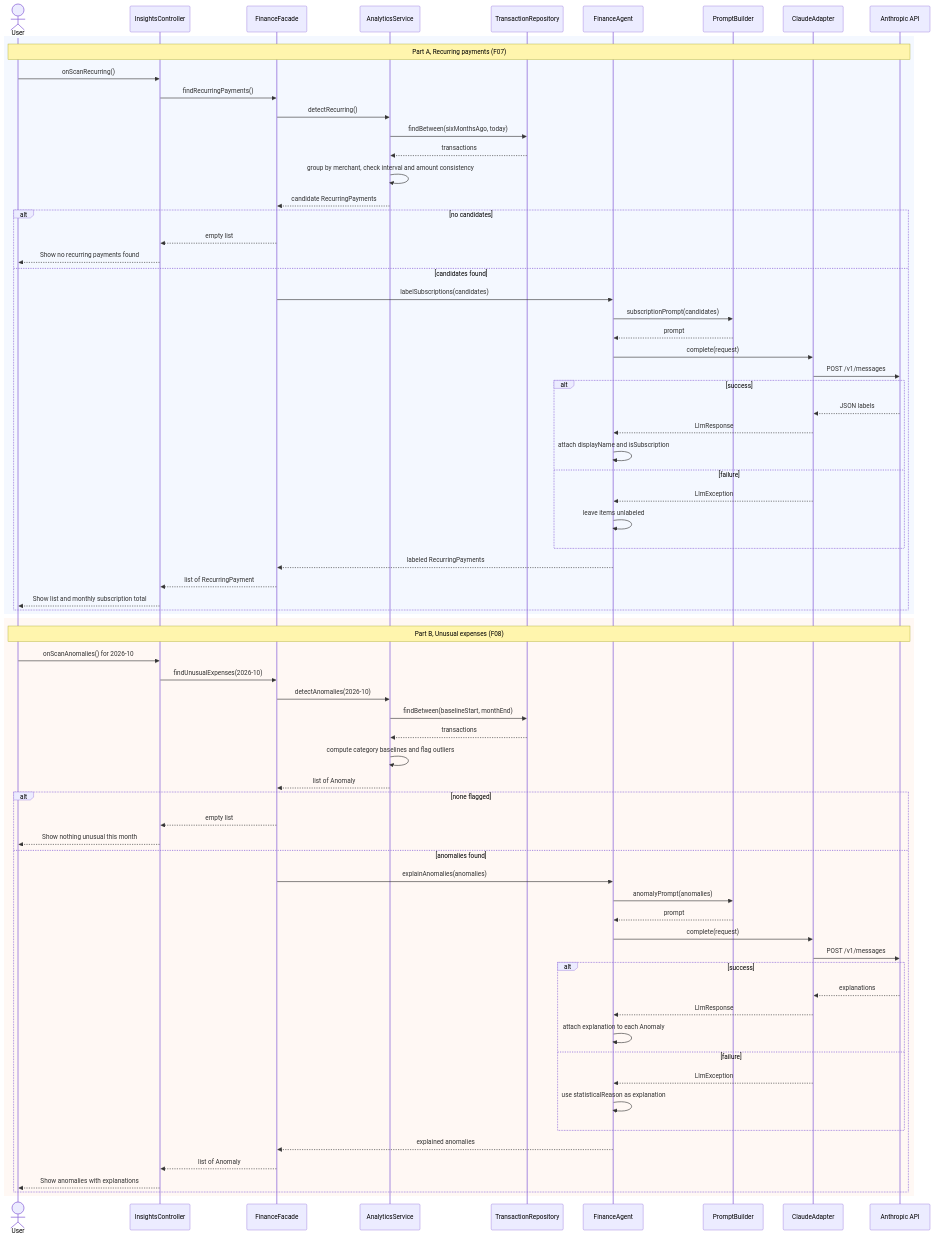
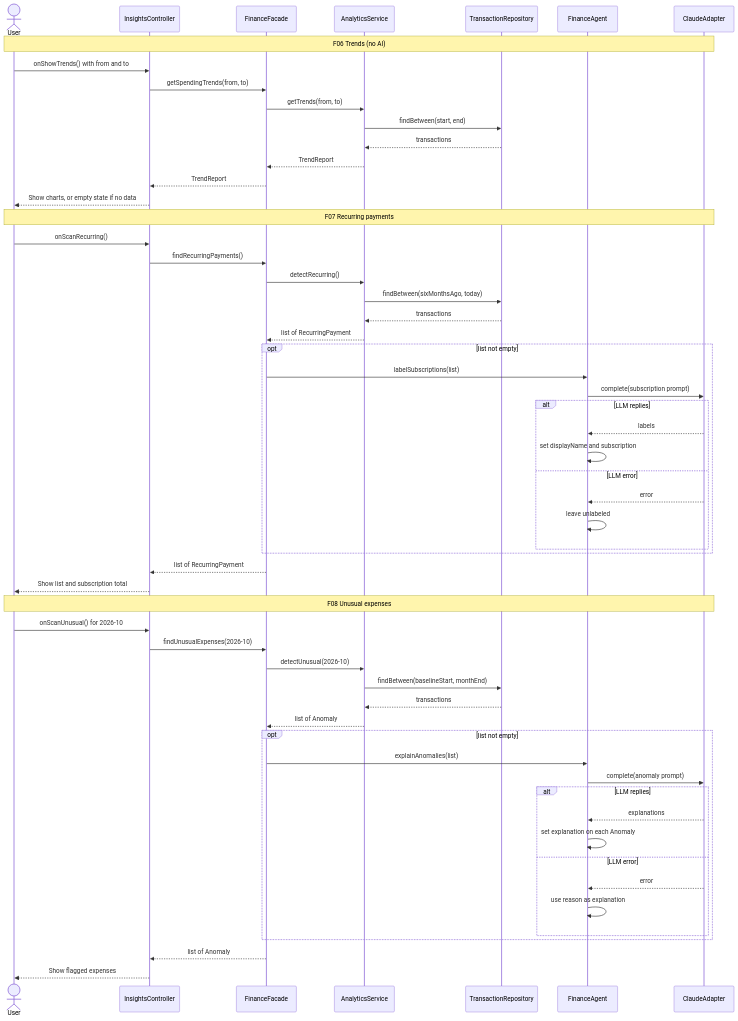
The tenth of 12 diagrams in docs/Stage1_Report.md (Abdi238/EECS3311-course-project), drawn with Mermaid before and after one commit. The commit also changed other lines of this file, not shown here.

````diff
--- a/docs/Stage1_Report.md
+++ b/docs/Stage1_Report.md
@@ -1815,76 +1178,62 @@
 ```mermaid
 sequenceDiagram
     actor U as User
     participant IC as InsightsController
     participant F as FinanceFacade
-    participant AS as AnalyticsService
+    participant AN as AnalyticsService
     participant TR as TransactionRepository
     participant A as FinanceAgent
-    participant PB as PromptBuilder
     participant LLM as ClaudeAdapter
-    participant API as Anthropic API
 
-    rect rgba(120, 160, 255, 0.08)
-    Note over U,API: Part A, Recurring payments (F07)
+    Note over U,LLM: F06 Trends (no AI)
+    U->>IC: onShowTrends() with from and to
+    IC->>F: getSpendingTrends(from, to)
+    F->>AN: getTrends(from, to)
+    AN->>TR: findBetween(start, end)
+    TR-->>AN: transactions
+    AN-->>F: TrendReport
+    F-->>IC: TrendReport
+    IC-->>U: Show charts, or empty state if no data
+
+    Note over U,LLM: F07 Recurring payments
     U->>IC: onScanRecurring()
     IC->>F: findRecurringPayments()
-    F->>AS: detectRecurring()
-    AS->>TR: findBetween(sixMonthsAgo, today)
-    TR-->>AS: transactions
-    AS->>AS: group by merchant, check interval and amount consistency
-    AS-->>F: candidate RecurringPayments
-    alt no candidates
-        F-->>IC: empty list
-        IC-->>U: Show no recurring payments found
-    else candidates found
-        F->>A: labelSubscriptions(candidates)
-        A->>PB: subscriptionPrompt(candidates)
-        PB-->>A: prompt
-        A->>LLM: complete(request)
-        LLM->>API: POST /v1/messages
-        alt success
-            API-->>LLM: JSON labels
-            LLM-->>A: LlmResponse
-            A->>A: attach displayName and isSubscription
-        else failure
-            LLM-->>A: LlmException
-            A->>A: leave items unlabeled
+    F->>AN: detectRecurring()
+    AN->>TR: findBetween(sixMonthsAgo, today)
+    TR-->>AN: transactions
+    AN-->>F: list of RecurringPayment
+    opt list not empty
+        F->>A: labelSubscriptions(list)
+        A->>LLM: complete(subscription prompt)
+        alt LLM replies
+            LLM-->>A: labels
+            A->>A: set displayName and subscription
+        else LLM error
+            LLM-->>A: error
+            A->>A: leave unlabeled
         end
-        A-->>F: labeled RecurringPayments
-        F-->>IC: list of RecurringPayment
-        IC-->>U: Show list and monthly subscription total
     end
+    F-->>IC: list of RecurringPayment
+    IC-->>U: Show list and subscription total
+
+    Note over U,LLM: F08 Unusual expenses
+    U->>IC: onScanUnusual() for 2026-10
+    IC->>F: findUnusualExpenses(2026-10)
+    F->>AN: detectUnusual(2026-10)
+    AN->>TR: findBetween(baselineStart, monthEnd)
+    TR-->>AN: transactions
+    AN-->>F: list of Anomaly
+    opt list not empty
+        F->>A: explainAnomalies(list)
+        A->>LLM: complete(anomaly prompt)
+        alt LLM replies
+            LLM-->>A: explanations
+            A->>A: set explanation on each Anomaly
+        else LLM error
+            LLM-->>A: error
+            A->>A: use reason as explanation
+        end
     end
-
-    rect rgba(255, 160, 120, 0.08)
-    Note over U,API: Part B, Unusual expenses (F08)
-    U->>IC: onScanAnomalies() for 2026-10
-    IC->>F: findUnusualExpenses(2026-10)
-    F->>AS: detectAnomalies(2026-10)
-    AS->>TR: findBetween(baselineStart, monthEnd)
-    TR-->>AS: transactions
-    AS->>AS: compute category baselines and flag outliers
-    AS-->>F: list of Anomaly
-    alt none flagged
-        F-->>IC: empty list
-        IC-->>U: Show nothing unusual this month
-    else anomalies found
-        F->>A: explainAnomalies(anomalies)
-        A->>PB: anomalyPrompt(anomalies)
-        PB-->>A: prompt
-        A->>LLM: complete(request)
-        LLM->>API: POST /v1/messages
-        alt success
-            API-->>LLM: explanations
-            LLM-->>A: LlmResponse
-            A->>A: attach explanation to each Anomaly
-        else failure
-            LLM-->>A: LlmException
-            A->>A: use statisticalReason as explanation
-        end
-        A-->>F: explained anomalies
-        F-->>IC: list of Anomaly
-        IC-->>U: Show anomalies with explanations
-    end
-    end
+    F-->>IC: list of Anomaly
+    IC-->>U: Show flagged expenses
 ```
````
